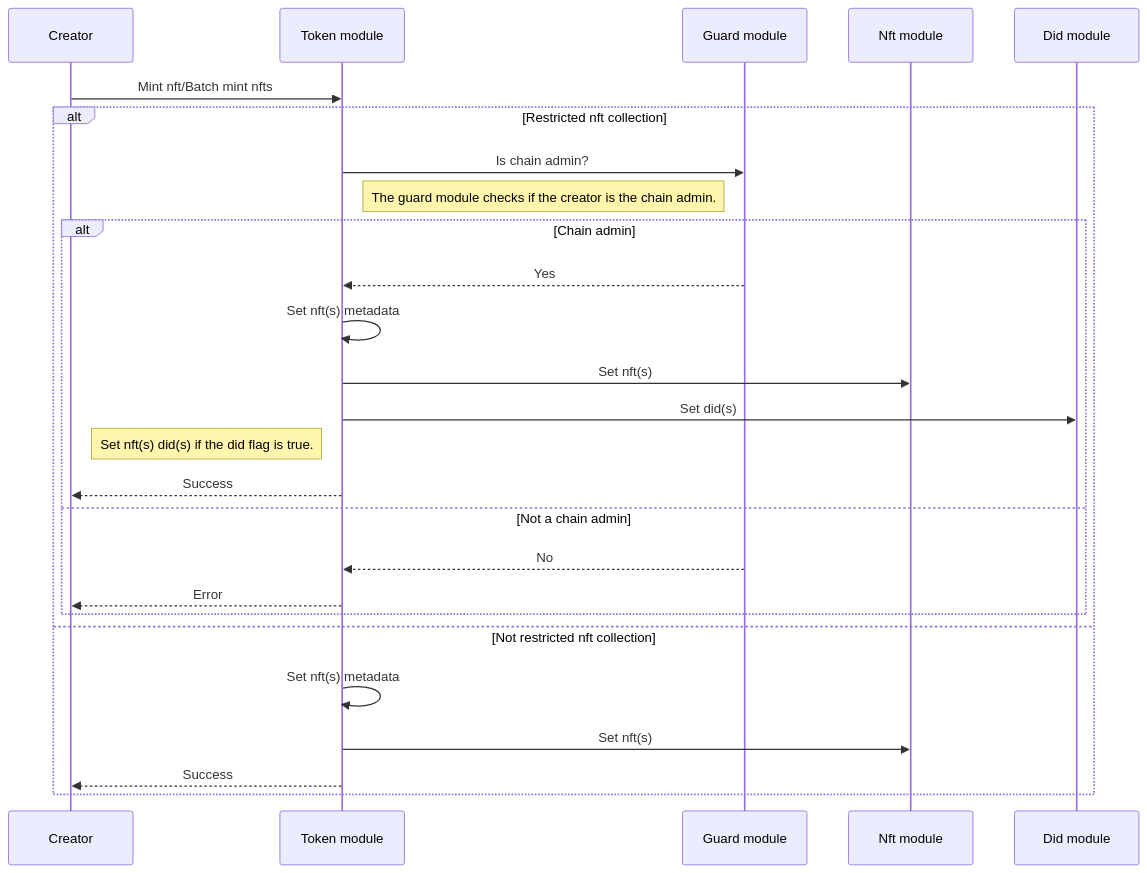
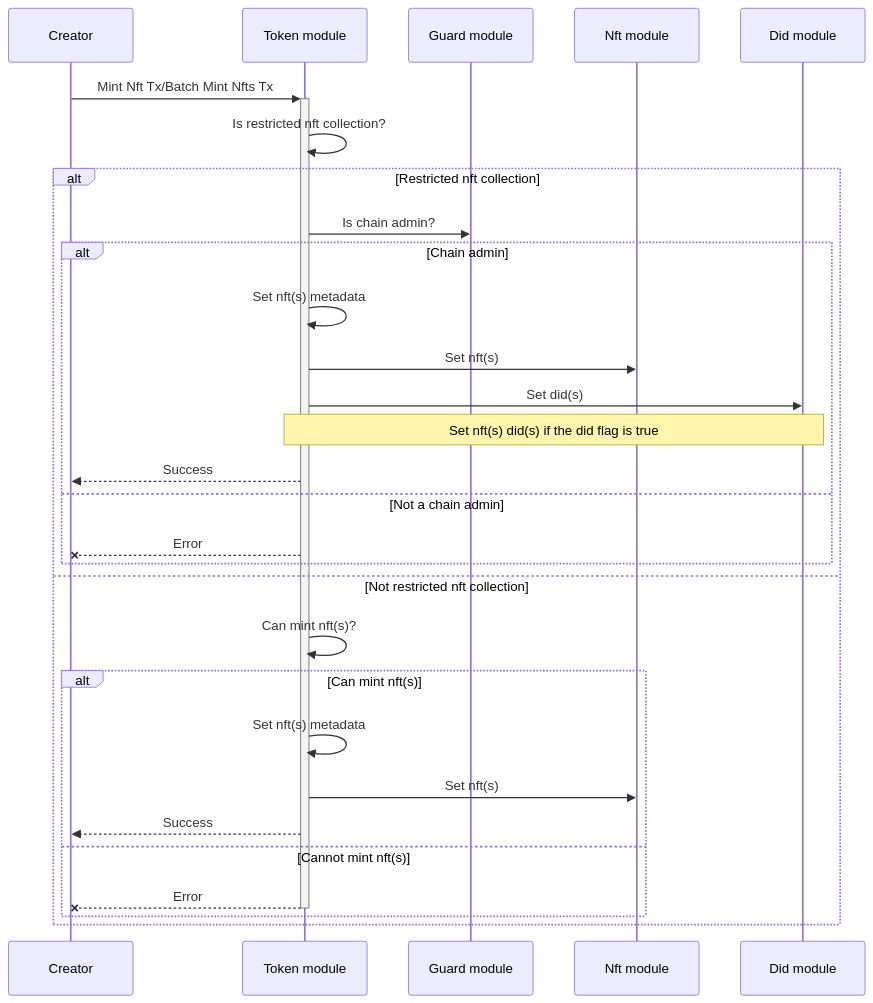
The second of 7 diagrams in x/token/spec/01_txs_flows.md (MANTRA-Chain/mantrachain), drawn with Mermaid before and after one commit. The commit also changed other lines of this file and 12 other files, not shown here.

Commit message:
docs: add update txs flows docs

````diff
--- a/x/token/spec/01_txs_flows.md
+++ b/x/token/spec/01_txs_flows.md
@@ -31,23 +29,26 @@
 ```mermaid
 sequenceDiagram
-Creator ->> Token module: Mint nft/Batch mint nfts
+Creator->>+Token module: Mint Nft Tx/Batch Mint Nfts Tx
+Token module->>Token module: Is restricted nft collection?
 alt Restricted nft collection
   Token module->>Guard module: Is chain admin?
-  Note left of Guard module: The guard module checks if the creator is the chain admin.
   alt Chain admin
-    Guard module-->> Token module: Yes
-    Token module->> Token module: Set nft(s) metadata
-    Token module->> Nft module: Set nft(s)
+    Token module->>Token module: Set nft(s) metadata
+    Token module->>Nft module: Set nft(s)
     Token module->> Did module: Set did(s)
-    Note left of Token module: Set nft(s) did(s) if the did flag is true.
-    Token module-->> Creator: Success
+    Note over Token module, Did module: Set nft(s) did(s) if the did flag is true
+    Token module-->>Creator: Success
   else Not a chain admin
-    Guard module-->> Token module: No
-    Token module-->> Creator: Error
+    Token module--xCreator: Error
   end
 else Not restricted nft collection
-  Token module->> Token module: Set nft(s) metadata
-  Token module->> Nft module: Set nft(s)
-  Token module-->> Creator: Success
+  Token module->>Token module: Can mint nft(s)?
+  alt Can mint nft(s)
+    Token module->>Token module: Set nft(s) metadata
+    Token module->>Nft module: Set nft(s)
+    Token module-->>Creator: Success
+  else Cannot mint nft(s)
+    Token module--x-Creator: Error
+  end
 end
 ```
````
